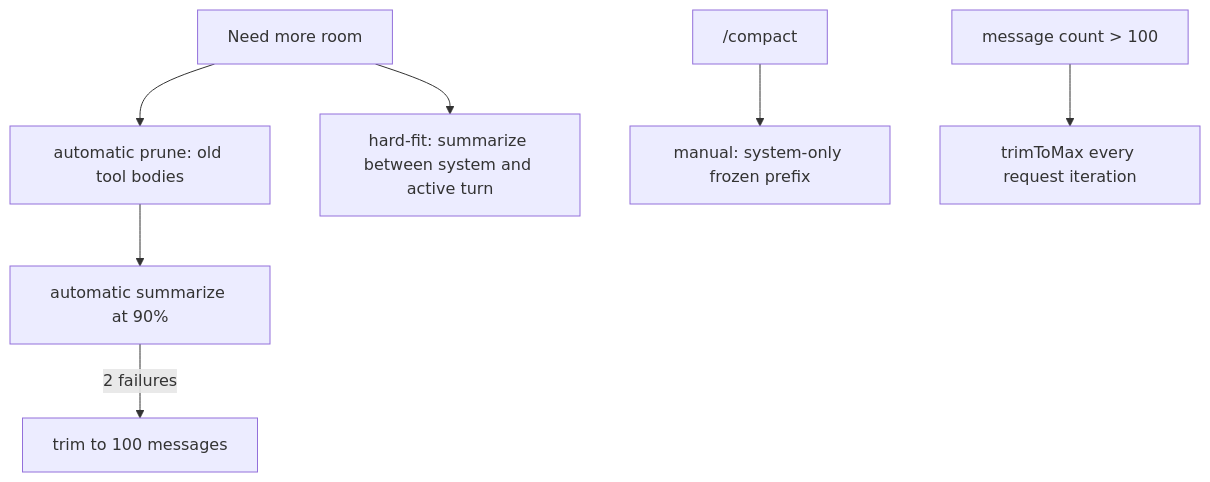
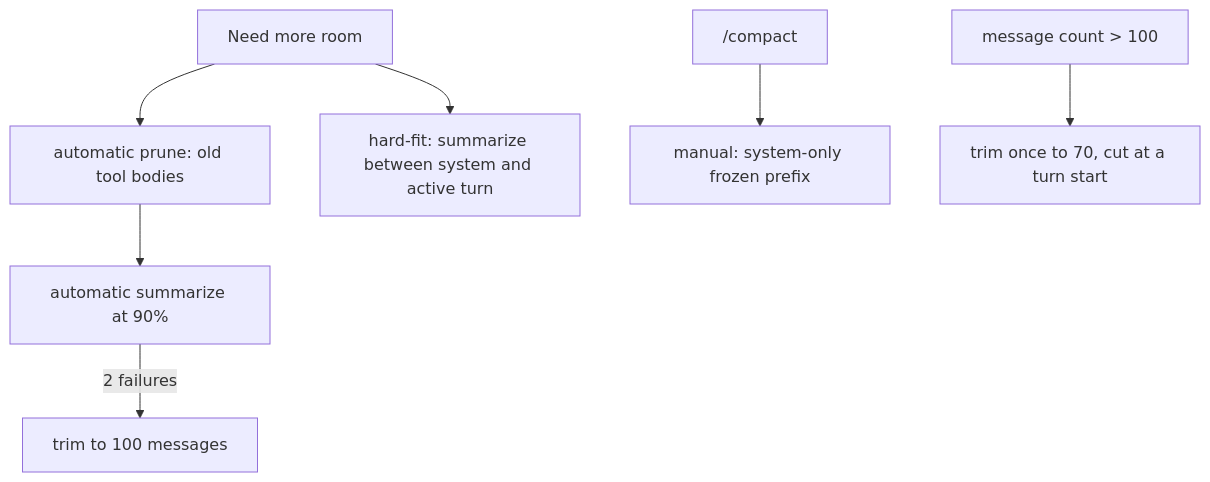
The fifth of 5 diagrams in docs/architecture.md (ggfincke/coral), drawn with Mermaid before and after one commit. The commit also changed other lines of this file and 21 other files, not shown here.

````diff
--- a/docs/architecture.md
+++ b/docs/architecture.md
@@ -531,10 +531,10 @@
 ```mermaid
 flowchart TD
   need["Need more room"]
   need --> prune["automatic prune: old tool bodies"]
   prune --> summarize["automatic summarize at 90%"]
   summarize -->|2 failures| trimFail["trim to 100 messages"]
   need --> hard["hard-fit: summarize between system and active turn"]
   user["/compact"] --> manual["manual: system-only frozen prefix"]
-  count["message count > 100"] --> trimGuard["trimToMax every request iteration"]
+  count["message count > 100"] --> trimGuard["trim once to 70, cut at a turn start"]
 ```
````
